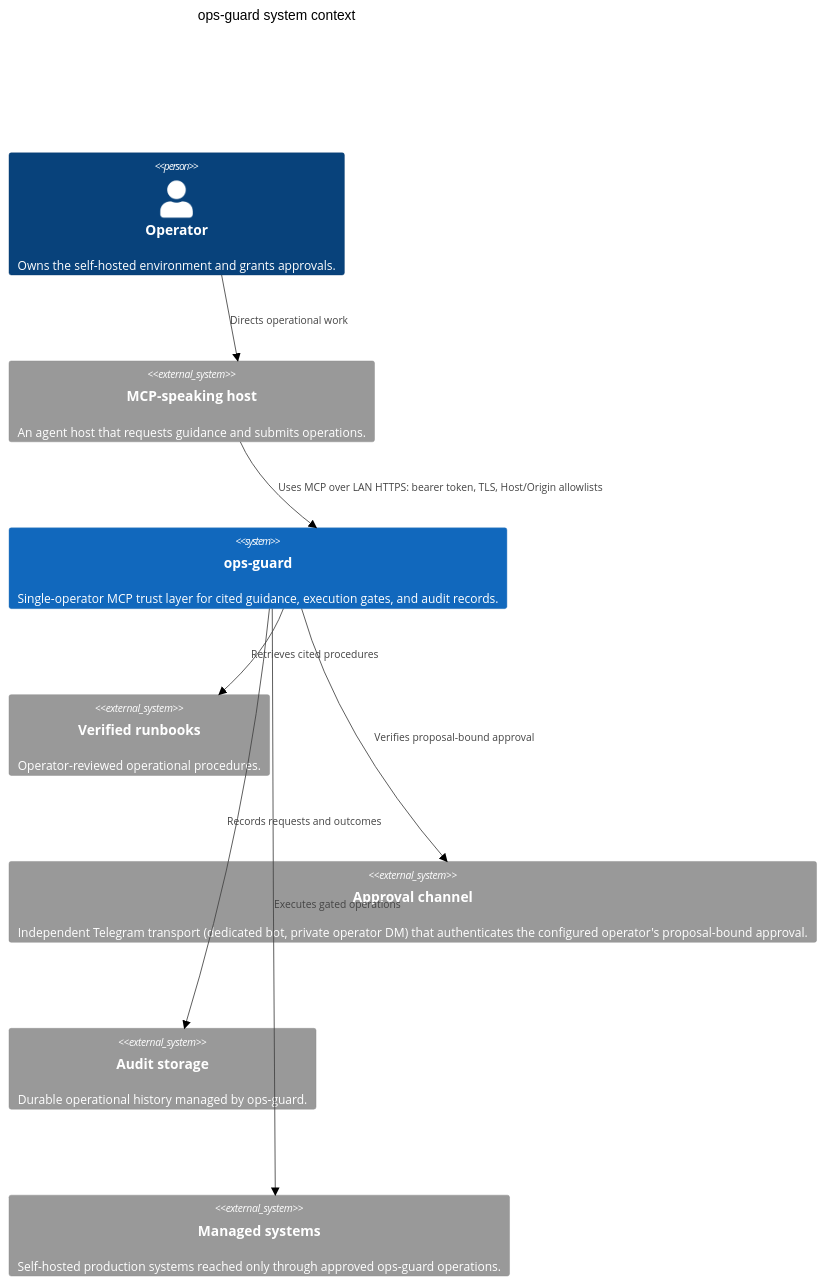
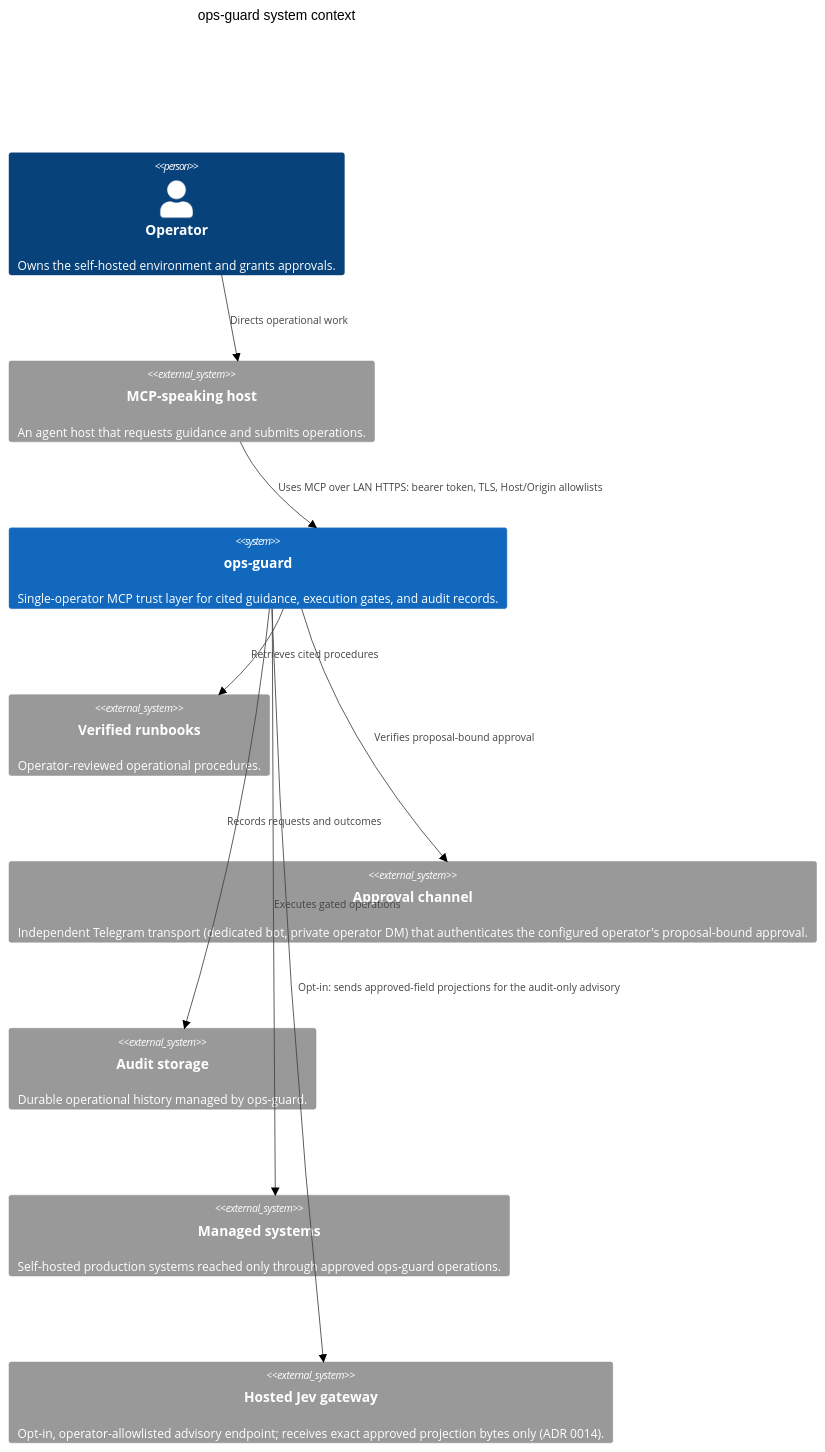
Before and after one commit to alanfong93/ops-guard: the first of 4 diagrams in docs/architecture.md, drawn with Mermaid (neutral theme). The commit also changed other lines of this file and 19 other files, not shown here.

First line of the commit message:
feat: approved-field hosted Jev advisory judge (#91)

````diff
--- a/docs/architecture.md
+++ b/docs/architecture.md
@@ -5,18 +5,20 @@
 ```mermaid
 C4Context
     title ops-guard system context
     Person(operator, "Operator", "Owns the self-hosted environment and grants approvals.")
     System_Ext(host, "MCP-speaking host", "An agent host that requests guidance and submits operations.")
     System(guard, "ops-guard", "Single-operator MCP trust layer for cited guidance, execution gates, and audit records.")
     System_Ext(runbooks, "Verified runbooks", "Operator-reviewed operational procedures.")
     System_Ext(approval, "Approval channel", "Independent Telegram transport (dedicated bot, private operator DM) that authenticates the configured operator's proposal-bound approval.")
     System_Ext(audit, "Audit storage", "Durable operational history managed by ops-guard.")
     System_Ext(systems, "Managed systems", "Self-hosted production systems reached only through approved ops-guard operations.")
+    System_Ext(jev, "Hosted Jev gateway", "Opt-in, operator-allowlisted advisory endpoint; receives exact approved projection bytes only (ADR 0014).")
 
     Rel(operator, host, "Directs operational work")
     Rel(host, guard, "Uses MCP over LAN HTTPS: bearer token, TLS, Host/Origin allowlists")
     Rel(guard, runbooks, "Retrieves cited procedures")
     Rel(guard, approval, "Verifies proposal-bound approval")
     Rel(guard, audit, "Records requests and outcomes")
     Rel(guard, systems, "Executes gated operations")
+    Rel(guard, jev, "Opt-in: sends approved-field projections for the audit-only advisory")
 ```
````
